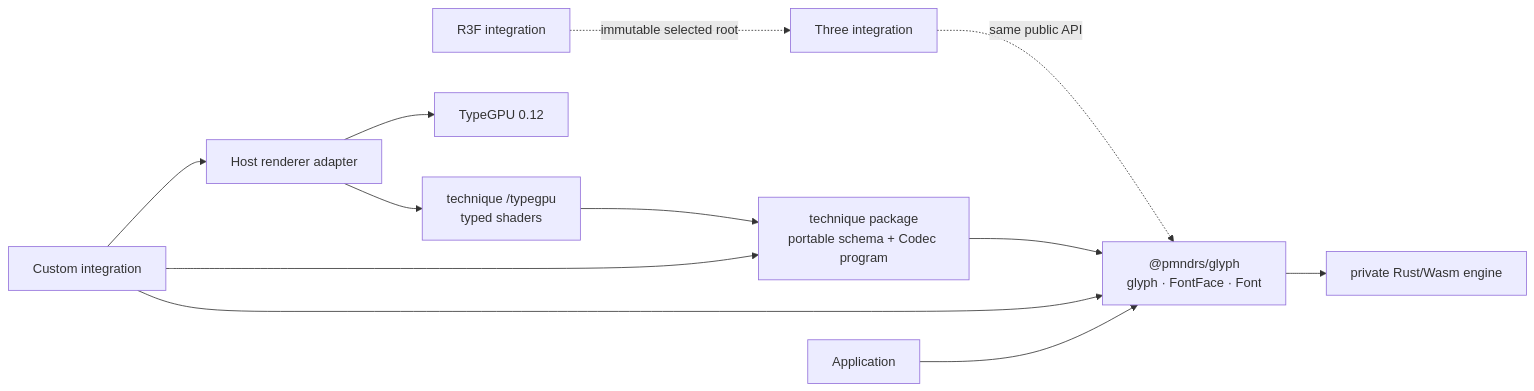
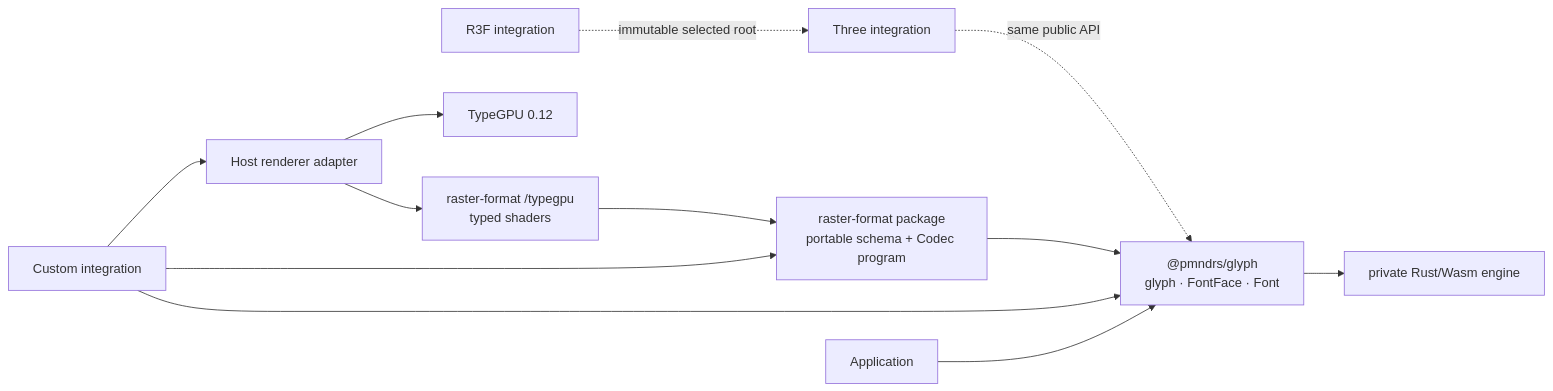
One commit to pmndrs/glyph changed the first of 4 diagrams in .agents/docs/guides/renderer-integration.md. Above: the diagram before and after it, drawn with Mermaid. The commit also changed other lines of this file and 17 other files, not shown here.

````diff
--- a/.agents/docs/guides/renderer-integration.md
+++ b/.agents/docs/guides/renderer-integration.md
@@ -59,14 +59,14 @@
 ```mermaid
 flowchart LR
   App[Application] --> Glyph["@pmndrs/glyph<br/>glyph · FontFace · Font"]
   Adapter[Custom integration] --> Glyph
-  Adapter --> Portable["technique package<br/>portable schema + Codec program"]
-  Device[Host renderer adapter] --> Shader["technique /typegpu<br/>typed shaders"]
+  Adapter --> Portable["raster-format package<br/>portable schema + Codec program"]
+  Device[Host renderer adapter] --> Shader["raster-format /typegpu<br/>typed shaders"]
   Device --> TypeGPU[TypeGPU 0.12]
   Glyph --> Rust[private Rust/Wasm engine]
   Portable --> Glyph
   Shader --> Portable
   Adapter --> Device
   Three[Three integration] -. same public API .-> Glyph
   R3F[R3F integration] -. immutable selected root .-> Three
 ```
````
